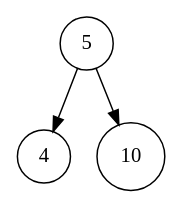
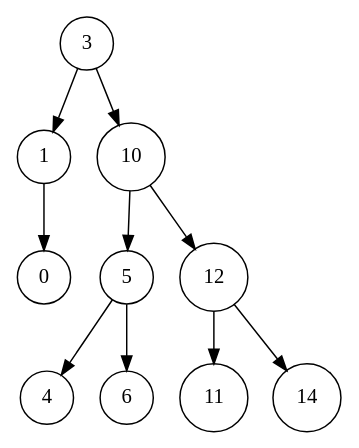
Before and after one commit to Brandon22023/-EDD-Proyecto1_202300813: the diagram in Proyecto1/cmake-build-debug/arbolAVL.dot, drawn with Graphviz. The commit also changed 11 other files, not shown here.

```diff
--- a/Proyecto1/cmake-build-debug/arbolAVL.dot
+++ b/Proyecto1/cmake-build-debug/arbolAVL.dot
@@ -1,9 +1,23 @@
 digraph G {
 	node [shape = circle];
-	n0[label="5"];
+	n0[label="3"];
 	n0 -> n1;
-	n1[label="4"];
-	n0 -> n2;
-	n2[label="10"];
+	n1[label="1"];
+	n1 -> n2;
+	n2[label="0"];
+	n0 -> n3;
+	n3[label="10"];
+	n3 -> n4;
+	n4[label="5"];
+	n4 -> n5;
+	n5[label="4"];
+	n4 -> n6;
+	n6[label="6"];
+	n3 -> n7;
+	n7[label="12"];
+	n7 -> n8;
+	n8[label="11"];
+	n7 -> n9;
+	n9[label="14"];
 	
 }
```
